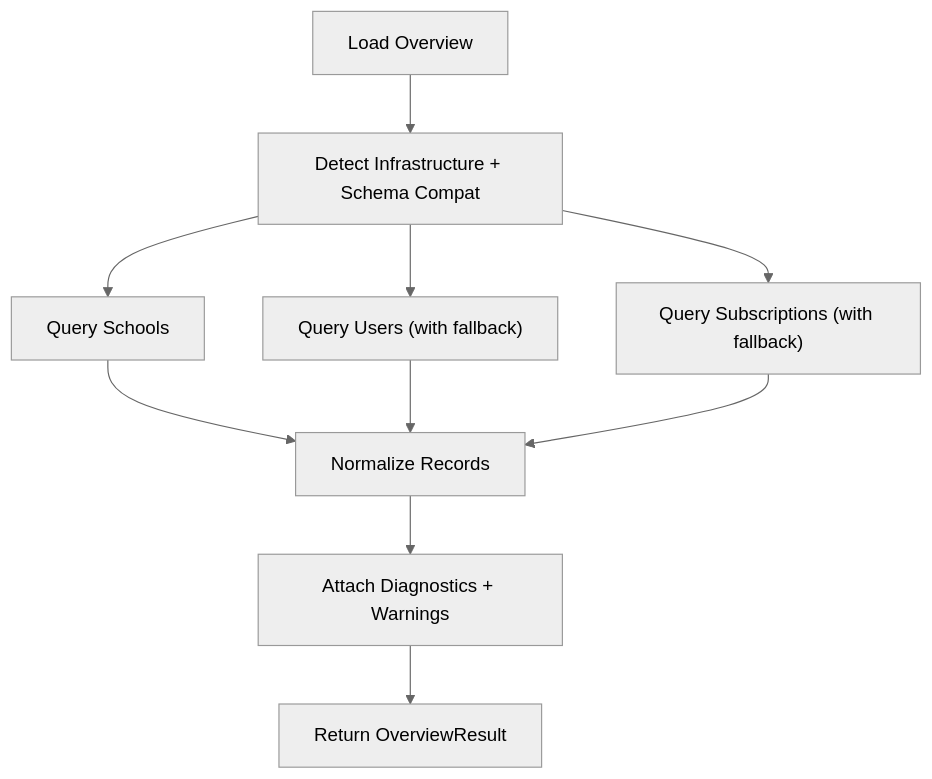
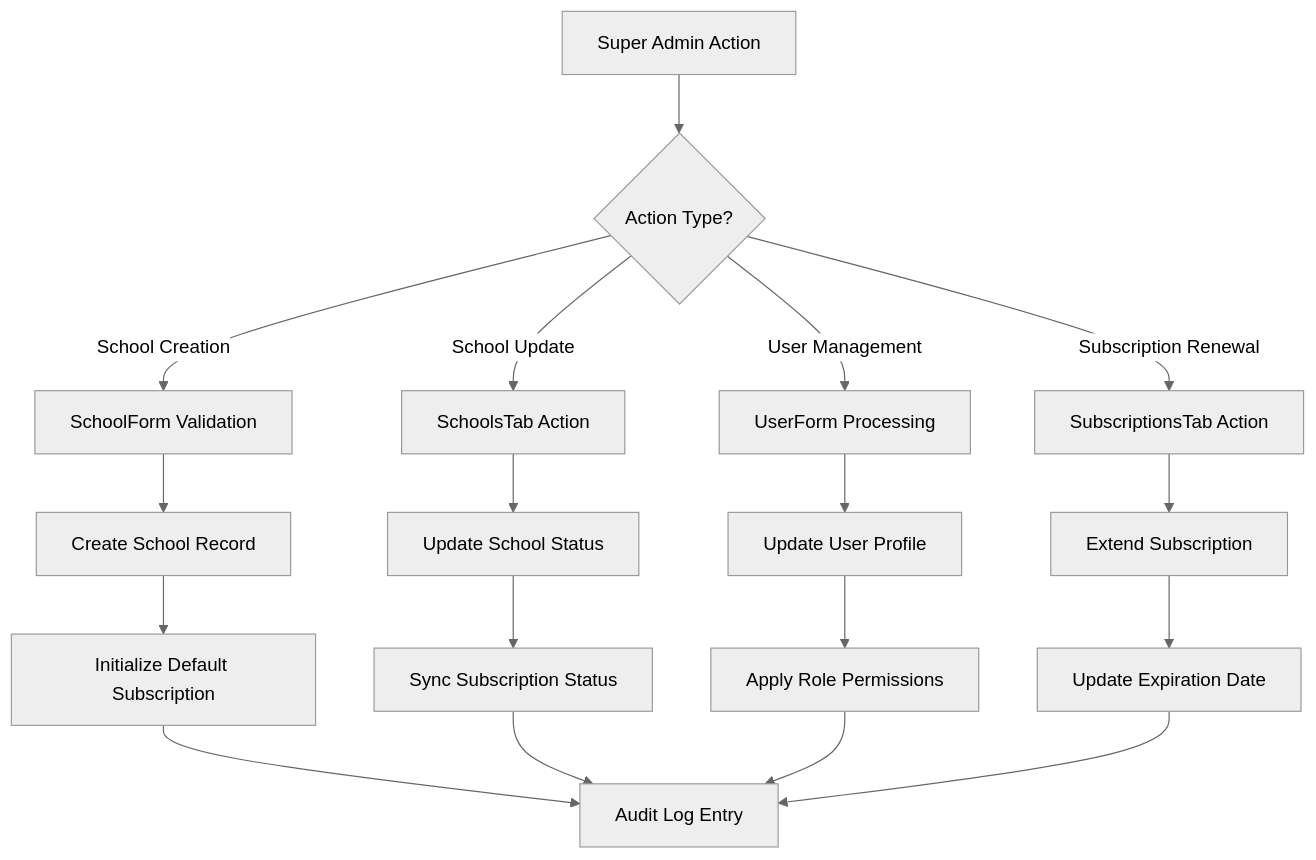
Before and after one commit to mustafaalkusaj/appschoolmustafa2002: the fourth of 5 diagrams in .qoder/repowiki/en/content/Multi-Tenant Management/Super Admin Functionality.md, drawn with Mermaid (neutral theme). The commit also changed other lines of this file and 85 other files, not shown here.

````diff
--- a/.qoder/repowiki/en/content/Multi-Tenant Management/Super Admin Functionality.md
+++ b/.qoder/repowiki/en/content/Multi-Tenant Management/Super Admin Functionality.md
@@ -342,12 +255,20 @@
 ```mermaid
 flowchart TD
-A["Load Overview"] --> B["Detect Infrastructure + Schema Compat"]
-B --> C["Query Schools"]
-B --> D["Query Users (with fallback)"]
-B --> E["Query Subscriptions (with fallback)"]
-C --> F["Normalize Records"]
-D --> F
-E --> F
-F --> G["Attach Diagnostics + Warnings"]
-G --> H["Return OverviewResult"]
+A["Super Admin Action"] --> B{"Action Type?"}
+B --> |School Creation| C["SchoolForm Validation"]
+B --> |School Update| D["SchoolsTab Action"]
+B --> |User Management| E["UserForm Processing"]
+B --> |Subscription Renewal| F["SubscriptionsTab Action"]
+C --> G["Create School Record"]
+D --> H["Update School Status"]
+E --> I["Update User Profile"]
+F --> J["Extend Subscription"]
+G --> K["Initialize Default Subscription"]
+H --> L["Sync Subscription Status"]
+I --> M["Apply Role Permissions"]
+J --> N["Update Expiration Date"]
+K --> O["Audit Log Entry"]
+L --> O
+M --> O
+N --> O
 ```
````
